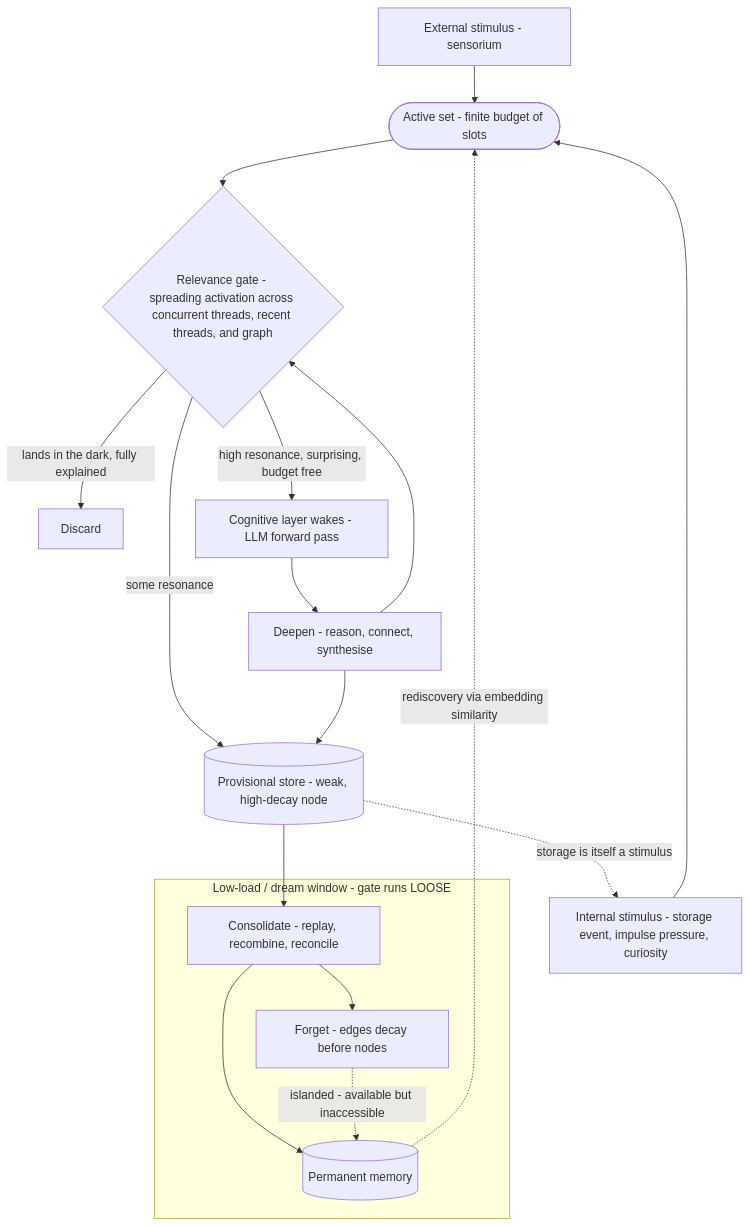
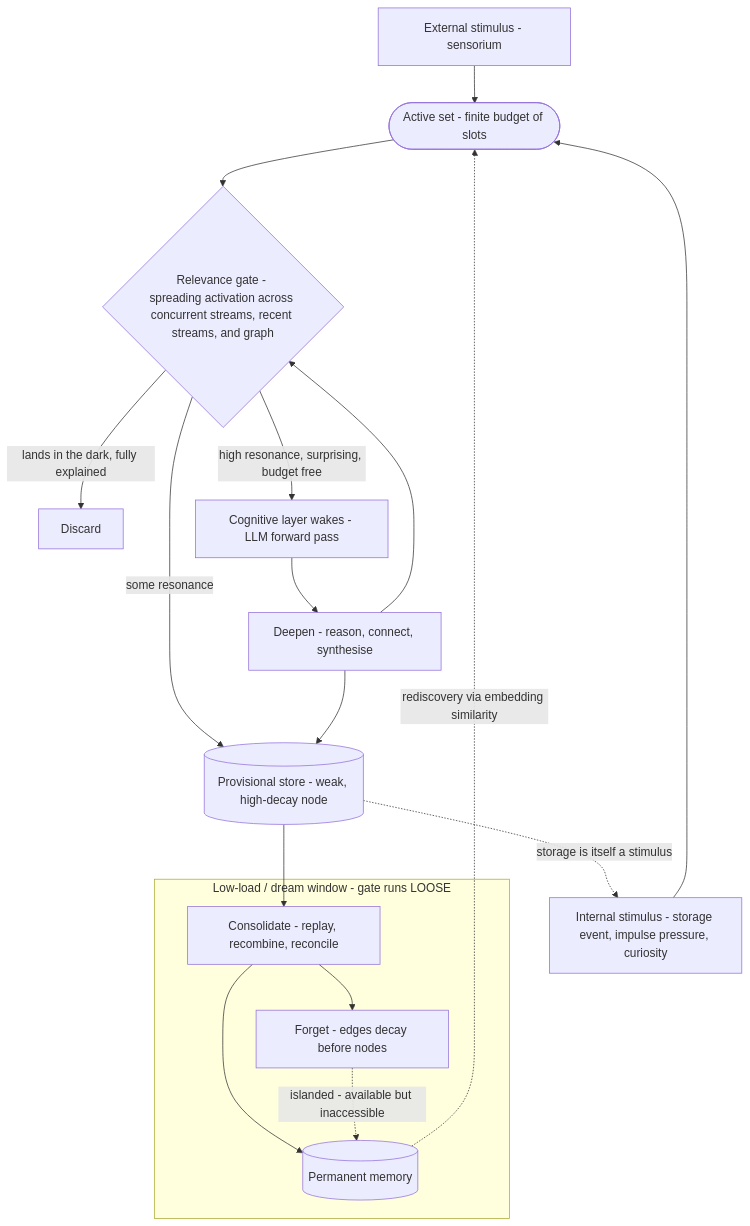
One commit to pidster/meno changed the first of 4 diagrams in docs/redesign.md. Above: the diagram before and after it, drawn with Mermaid. The commit also changed other lines of this file, not shown here.

First line of the commit message:
Separate threads (execution) from streams (information); defer skills + sensorium

````diff
--- a/docs/redesign.md
+++ b/docs/redesign.md
@@ -95,33 +95,33 @@
 ```mermaid
 flowchart TD
     EXT[External stimulus - sensorium]
     INT[Internal stimulus - storage event, impulse pressure, curiosity]
     EXT --> ACTIVE
     INT --> ACTIVE
 
     ACTIVE([Active set - finite budget of slots])
     ACTIVE --> GATE
 
-    GATE{Relevance gate - spreading activation across concurrent threads, recent threads, and graph}
+    GATE{Relevance gate - spreading activation across concurrent streams, recent streams, and graph}
     GATE -->|lands in the dark, fully explained| DISCARD[Discard]
     GATE -->|some resonance| PROV
     GATE -->|high resonance, surprising, budget free| WAKE
 
     PROV[(Provisional store - weak, high-decay node)]
     PROV -. storage is itself a stimulus .-> INT
     PROV --> CONS
 
     WAKE[Cognitive layer wakes - LLM forward pass]
     WAKE --> DEEP[Deepen - reason, connect, synthesise]
     DEEP --> GATE
     DEEP --> PROV
 
     subgraph QUIET [Low-load / dream window - gate runs LOOSE]
         CONS[Consolidate - replay, recombine, reconcile]
         CONS --> PERM[(Permanent memory)]
         CONS --> FORGET[Forget - edges decay before nodes]
     end
 
     PERM -. rediscovery via embedding similarity .-> ACTIVE
     FORGET -. islanded - available but inaccessible .-> PERM
 ```
````
